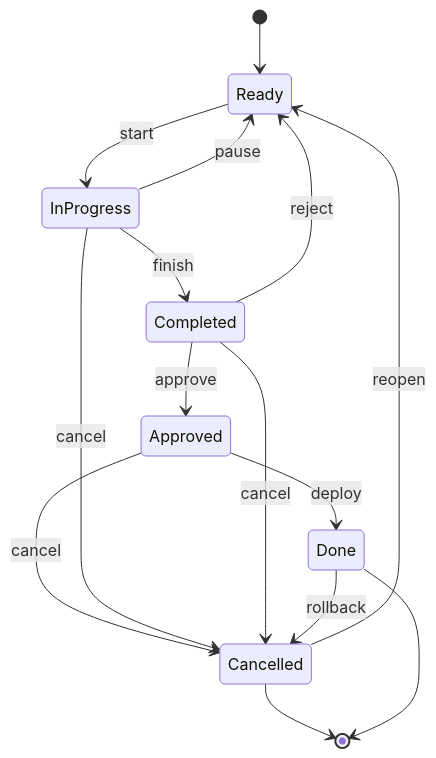
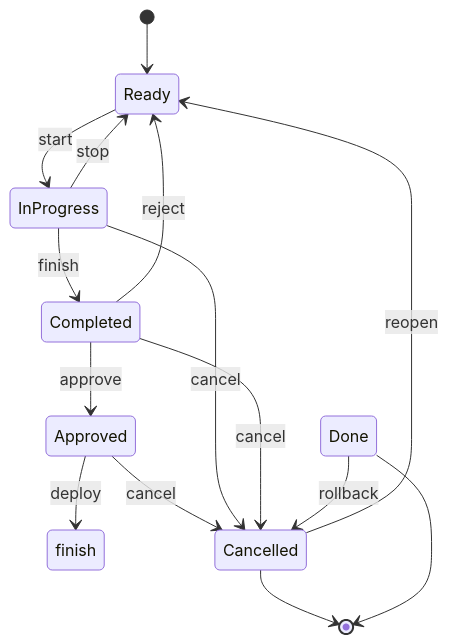
Before and after one commit to sebastianclaros/stockventa: the first of 2 diagrams in scripts/automation/index.md, drawn with Mermaid. The commit also changed other lines of this file and 7 other files, not shown here.

`````diff
--- a/scripts/automation/index.md
+++ b/scripts/automation/index.md
@@ -26,17 +26,17 @@
 ````mermaid 
 stateDiagram-v2 
 [*] --> Ready
 Ready --> InProgress : start
-InProgress --> Ready :pause
+InProgress --> Ready :stop
 InProgress --> Completed : finish
 Completed --> Approved :approve
 Completed --> Ready :reject
-Approved --> Done : deploy
+Approved --> finish : deploy
 Approved --> Cancelled : cancel
 InProgress --> Cancelled : cancel
 Completed --> Cancelled: cancel
 Cancelled --> Ready : reopen
 Cancelled --> [*]
 Done --> [*]
 Done --> Cancelled : rollback
 ````
`````
